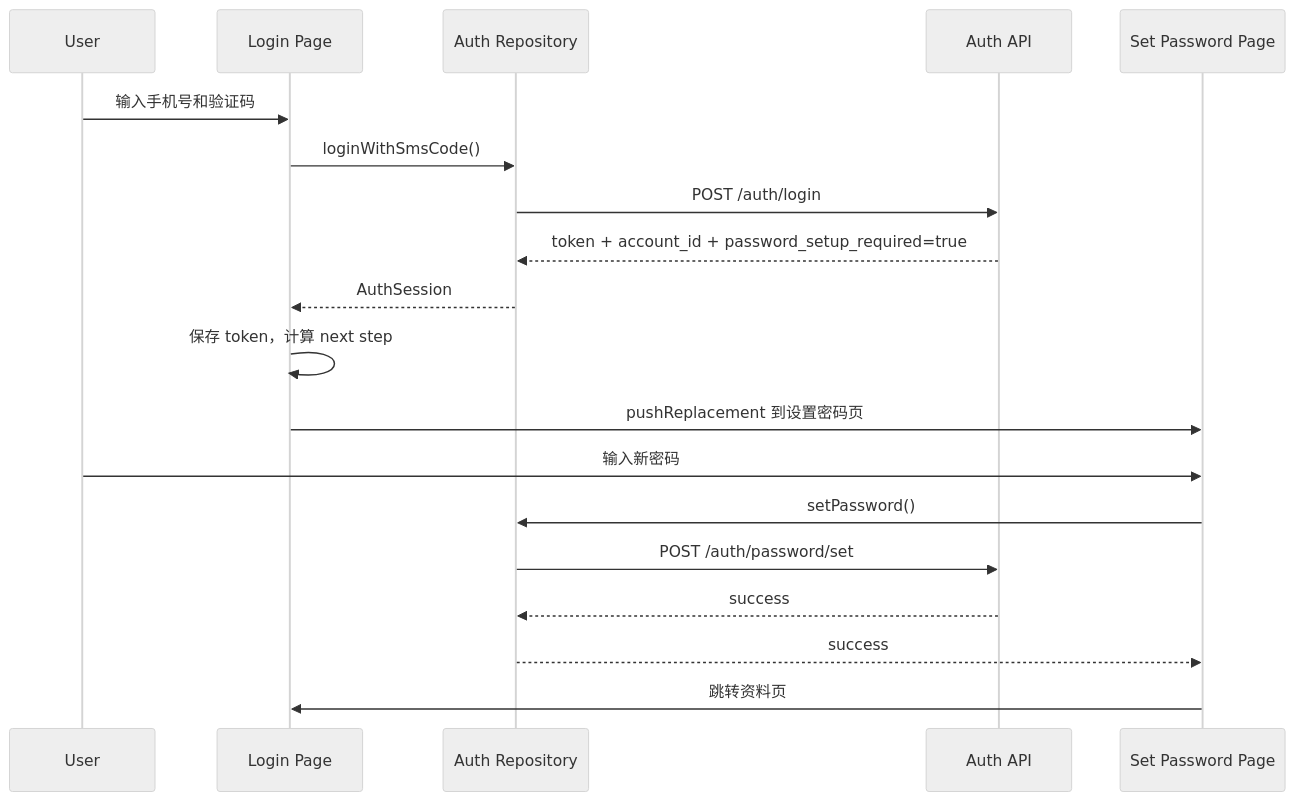
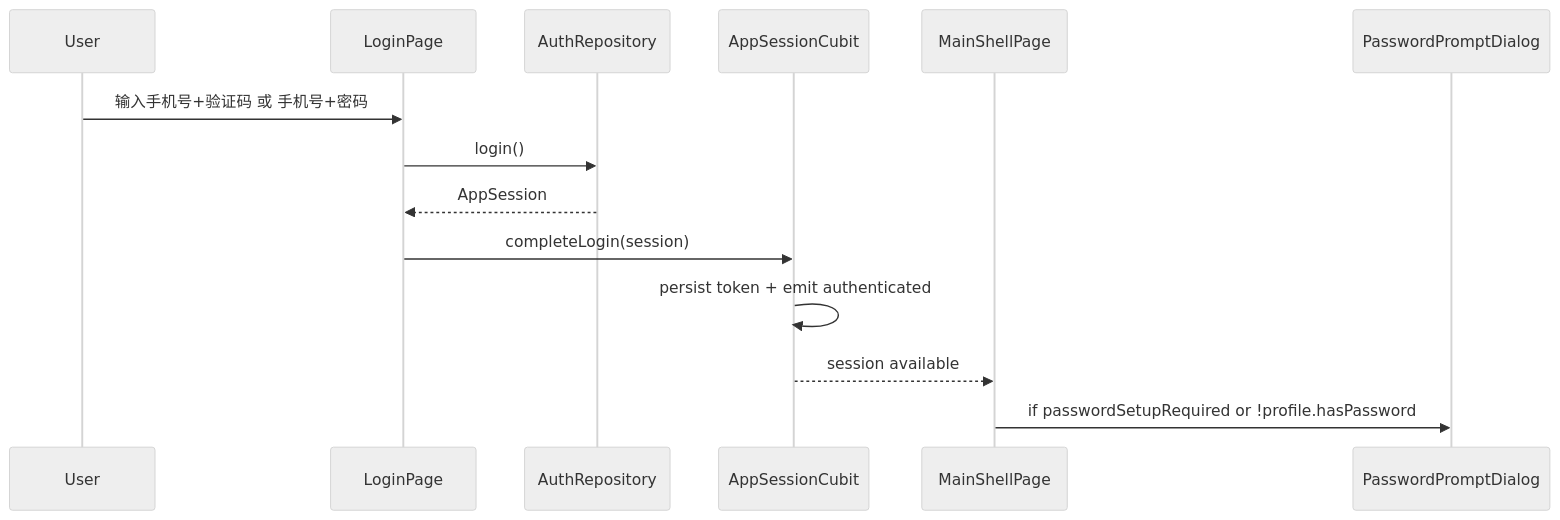
Before and after one commit to RainyJiang22/FlashIM_by_ai: the second of 4 diagrams in docs/features/auth/v0.0.1/client/design.md, drawn with Mermaid (neutral theme). The commit also changed other lines of this file and 56 other files, not shown here.

````diff
--- a/docs/features/auth/v0.0.1/client/design.md
+++ b/docs/features/auth/v0.0.1/client/design.md
@@ -174,22 +292,17 @@
 ```mermaid
 sequenceDiagram
     participant U as User
-    participant L as Login Page
-    participant R as Auth Repository
-    participant A as Auth API
-    participant P as Set Password Page
+    participant L as LoginPage
+    participant R as AuthRepository
+    participant C as AppSessionCubit
+    participant H as MainShellPage
+    participant D as PasswordPromptDialog
 
-    U->>L: 输入手机号和验证码
-    L->>R: loginWithSmsCode()
-    R->>A: POST /auth/login
-    A-->>R: token + account_id + password_setup_required=true
-    R-->>L: AuthSession
-    L->>L: 保存 token，计算 next step
-    L->>P: pushReplacement 到设置密码页
-    U->>P: 输入新密码
-    P->>R: setPassword()
-    R->>A: POST /auth/password/set
-    A-->>R: success
-    R-->>P: success
-    P->>L: 跳转资料页
+    U->>L: 输入手机号+验证码 或 手机号+密码
+    L->>R: login()
+    R-->>L: AppSession
+    L->>C: completeLogin(session)
+    C->>C: persist token + emit authenticated
+    C-->>H: session available
+    H->>D: if passwordSetupRequired or !profile.hasPassword
 ```
````
